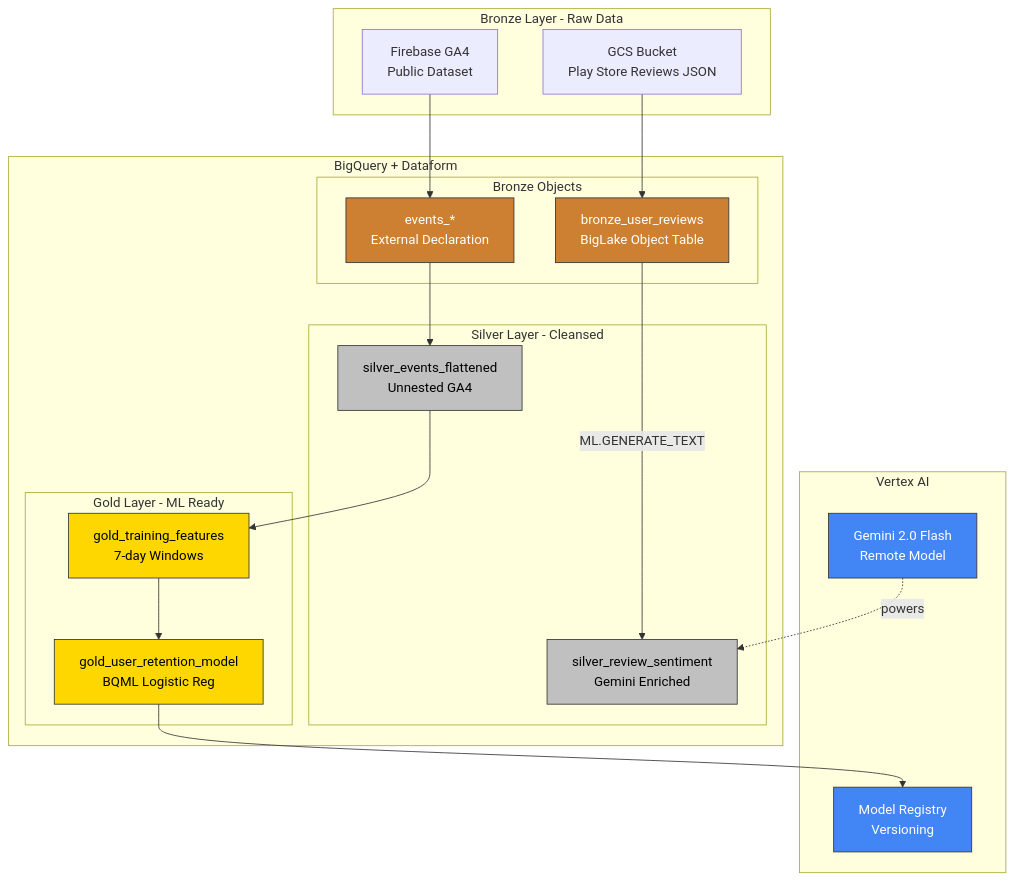
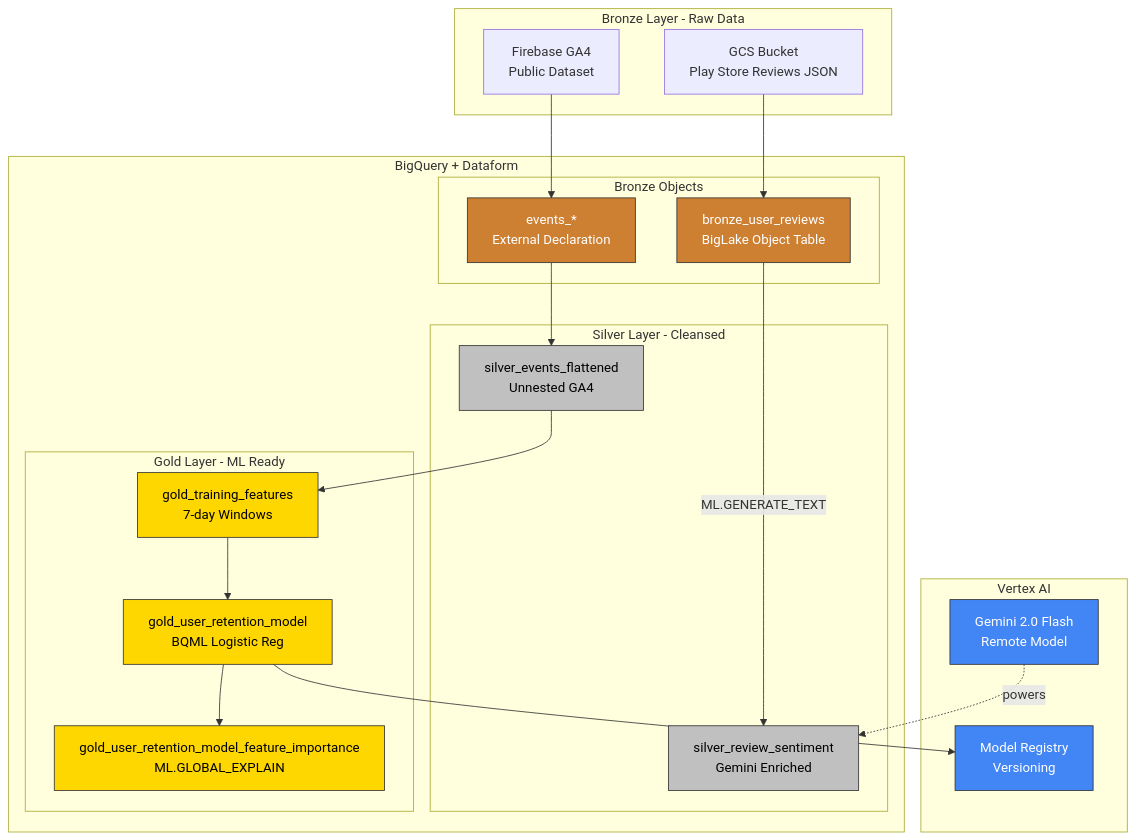
Before and after one commit to gCloud-Tech-Showcase/Data-Cloud: the first of 5 diagrams in docs/architecture.md, drawn with Mermaid. The commit also changed 1 other file, not shown here.

Commit message:
Add feature importance table to documentation
- Update architecture diagram with gold_user_retention_model_feature_importance
- Add one-liner to CLAUDE.md Important Files table

````diff
--- a/docs/architecture.md
+++ b/docs/architecture.md
@@ -11,50 +11,52 @@
 ```mermaid
 graph TB
     subgraph "Bronze Layer - Raw Data"
         GCS[GCS Bucket<br/>Play Store Reviews JSON]
         GA4[Firebase GA4<br/>Public Dataset]
     end
 
     subgraph "BigQuery + Dataform"
         subgraph "Bronze Objects"
             BRONZE_REV[bronze_user_reviews<br/>BigLake Object Table]
             BRONZE_EVT[events_*<br/>External Declaration]
         end
 
         subgraph "Silver Layer - Cleansed"
             SILVER_REV[silver_review_sentiment<br/>Gemini Enriched]
             SILVER_EVT[silver_events_flattened<br/>Unnested GA4]
         end
 
         subgraph "Gold Layer - ML Ready"
             GOLD_FEAT[gold_training_features<br/>7-day Windows]
             GOLD_MODEL[gold_user_retention_model<br/>BQML Logistic Reg]
+            GOLD_FI[gold_user_retention_model_feature_importance<br/>ML.GLOBAL_EXPLAIN]
         end
     end
 
     subgraph "Vertex AI"
         GEMINI[Gemini 2.0 Flash<br/>Remote Model]
         REGISTRY[Model Registry<br/>Versioning]
     end
 
     GCS --> BRONZE_REV
     GA4 --> BRONZE_EVT
 
     BRONZE_REV --> |ML.GENERATE_TEXT| SILVER_REV
     GEMINI -.-> |powers| SILVER_REV
 
     BRONZE_EVT --> SILVER_EVT
     SILVER_EVT --> GOLD_FEAT
     GOLD_FEAT --> GOLD_MODEL
     GOLD_MODEL --> REGISTRY
+    GOLD_MODEL --> GOLD_FI
 
     classDef bronze fill:#cd7f32,stroke:#333,color:#fff
     classDef silver fill:#c0c0c0,stroke:#333,color:#000
     classDef gold fill:#ffd700,stroke:#333,color:#000
     classDef external fill:#4285f4,stroke:#333,color:#fff
 
     class BRONZE_REV,BRONZE_EVT bronze
     class SILVER_REV,SILVER_EVT silver
-    class GOLD_FEAT,GOLD_MODEL gold
+    class GOLD_FEAT,GOLD_MODEL,GOLD_FI gold
     class GEMINI,REGISTRY external
 ```
````
